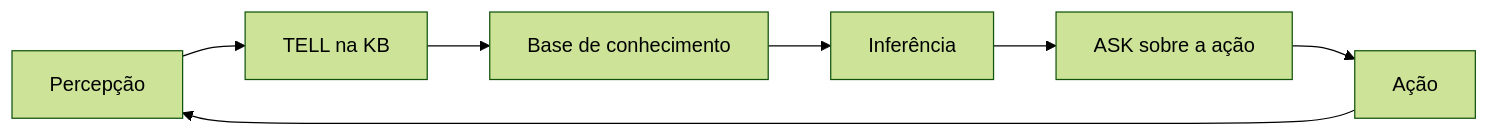
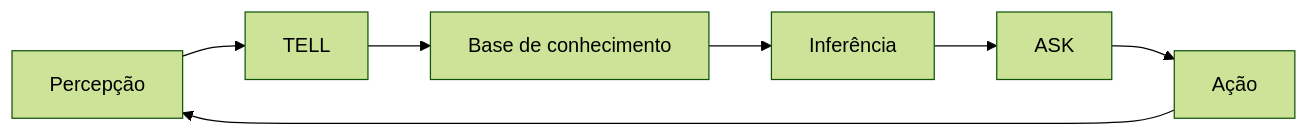
Before and after one commit to tiagofga/EC-IA: the second of 10 diagrams in notas/05-logica/README.md, drawn with Mermaid (forest theme). The commit also changed other lines of this file, not shown here.

````diff
--- a/notas/05-logica/README.md
+++ b/notas/05-logica/README.md
@@ -73,9 +64,9 @@
 ```mermaid
 flowchart LR
-    P[Percepção] --> T[TELL na KB]
-    T --> KB[Base de conhecimento]
-    KB --> I[Inferência]
-    I --> A[ASK sobre a ação]
-    A --> X[Ação]
-    X --> P
+    P["Percepção"] --> T["TELL"]
+    T --> K["Base de conhecimento"]
+    K --> I["Inferência"]
+    I --> Q["ASK"]
+    Q --> A["Ação"]
+    A --> P
 ```
````
